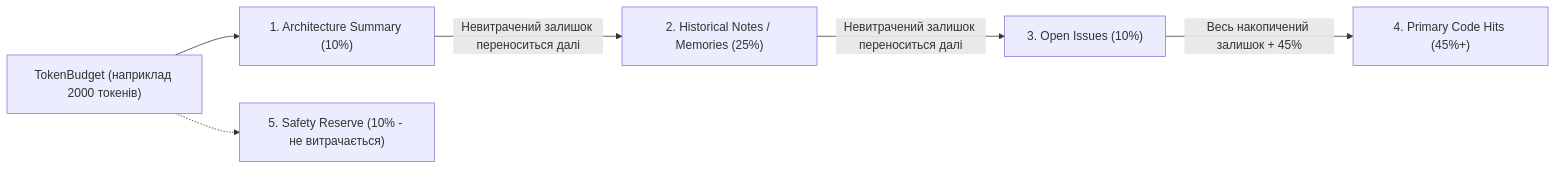
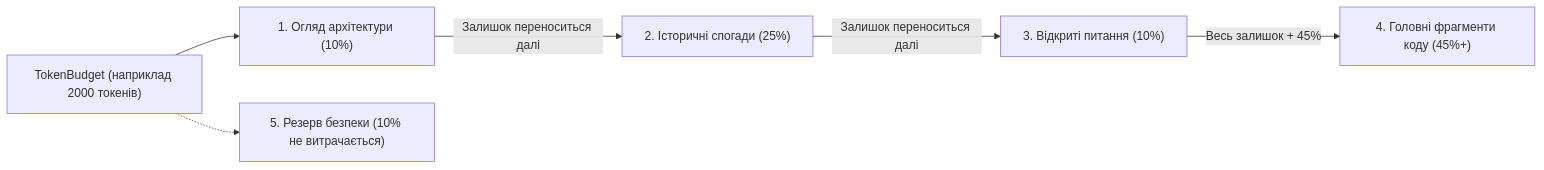
One commit to dellik95/context-platform changed the first of 2 diagrams in docs/uk/FEATURES.md. Above: the diagram before and after it, drawn with Mermaid. The commit also changed other lines of this file and 7 other files, not shown here.

````diff
--- a/docs/uk/FEATURES.md
+++ b/docs/uk/FEATURES.md
@@ -33,8 +31,8 @@
 ```mermaid
 flowchart LR
-    Budget["TokenBudget (наприклад 2000 токенів)"] --> S1["1. Architecture Summary (10%)"]
-    S1 -->|"Невитрачений залишок переноситься далі"| S2["2. Historical Notes / Memories (25%)"]
-    S2 -->|"Невитрачений залишок переноситься далі"| S3["3. Open Issues (10%)"]
-    S3 -->|"Весь накопичений залишок + 45%"| S4["4. Primary Code Hits (45%+)"]
-    Budget -.-> S5["5. Safety Reserve (10% - не витрачається)"]
+    Budget["TokenBudget (наприклад 2000 токенів)"] --> S1["1. Огляд архітектури (10%)"]
+    S1 -->|"Залишок переноситься далі"| S2["2. Історичні спогади (25%)"]
+    S2 -->|"Залишок переноситься далі"| S3["3. Відкриті питання (10%)"]
+    S3 -->|"Весь залишок + 45%"| S4["4. Головні фрагменти коду (45%+)"]
+    Budget -.-> S5["5. Резерв безпеки (10% не витрачається)"]
 ```
````
